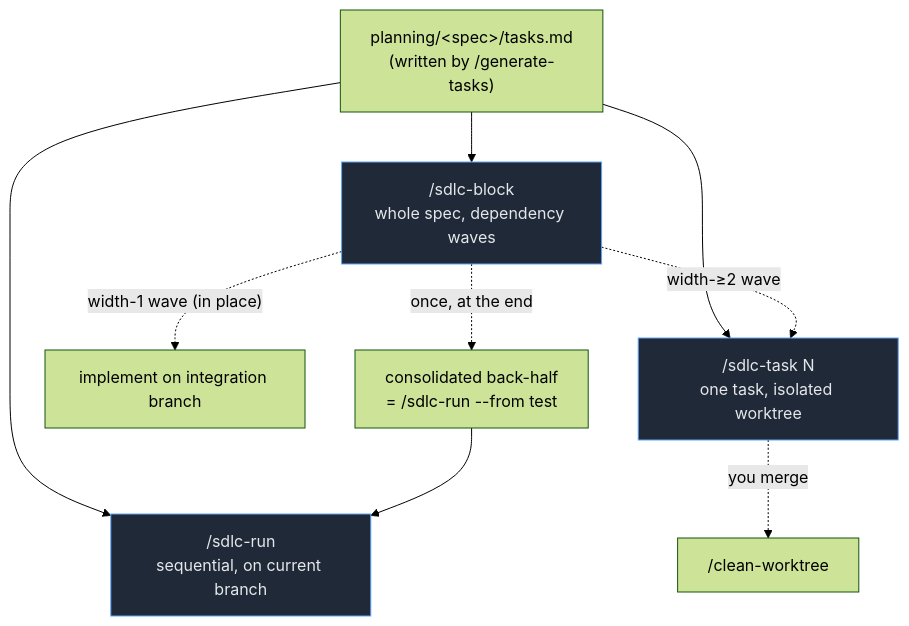
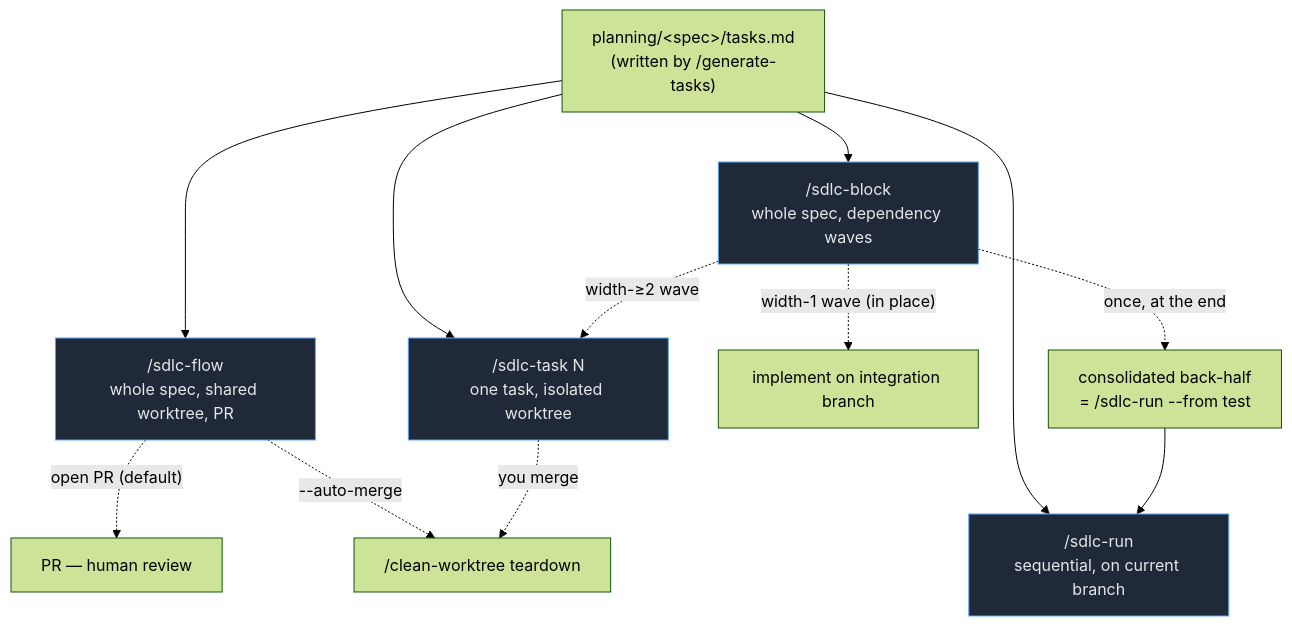
Before and after one commit to bredmond1019/agentic-base-template: the diagram in docs/workflows/index.md, drawn with Mermaid (forest theme). The commit also changed other lines of this file and 10 other files, not shown here.

First line of the commit message:
feat(harness): /sdlc-flow engine (Waves 0-3) — engine + ADRs D30-D33 + docs/schema/routing

````diff
--- a/docs/workflows/index.md
+++ b/docs/workflows/index.md
@@ -31,17 +38,19 @@
 ```mermaid
 flowchart TD
     spec["planning/&lt;spec&gt;/tasks.md<br/>(written by /generate-tasks)"]
+    spec --> flow["/sdlc-flow<br/>whole spec, shared worktree, PR"]
     spec --> run["/sdlc-run<br/>sequential, on current branch"]
     spec --> task["/sdlc-task N<br/>one task, isolated worktree"]
     spec --> block["/sdlc-block<br/>whole spec, dependency waves"]
 
+    flow -. "open PR (default)" .-> pr["PR — human review"]
+    flow -. "--auto-merge" .-> clean["/clean-worktree teardown"]
     block -. "width-1 wave (in place)" .-> inplace["implement on integration branch"]
     block -. "width-≥2 wave" .-> task
     block -. "once, at the end" .-> backhalf["consolidated back-half<br/>= /sdlc-run --from test"]
     backhalf --> run
-
-    task -. "you merge" .-> clean["/clean-worktree"]
+    task -. "you merge" .-> clean
 
     classDef engine fill:#1f2937,stroke:#60a5fa,color:#e5e7eb;
-    class run,task,block engine;
+    class flow,run,task,block engine;
 ```
````
